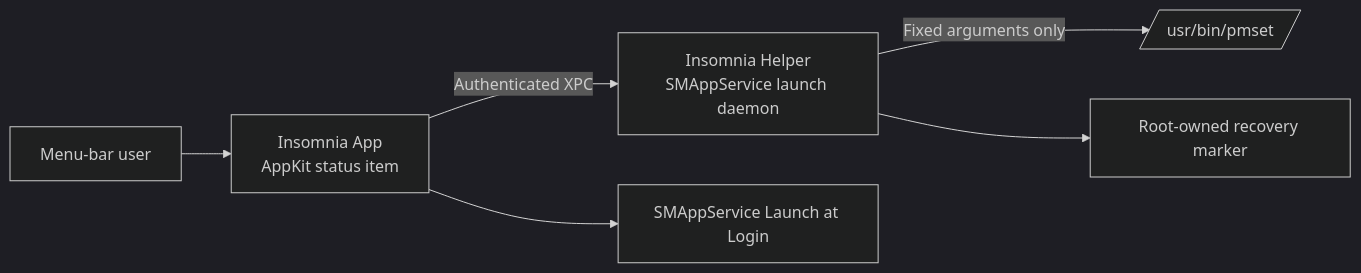
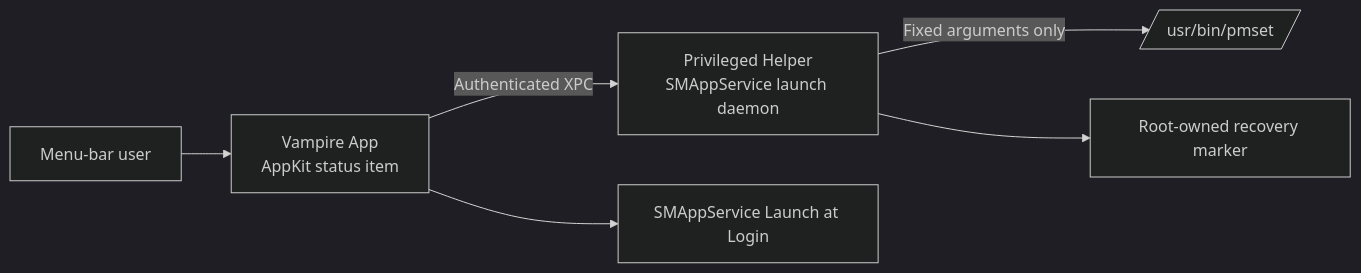
The diagram in docs/superpowers/specs/2026-08-28-insomnia-menu-bar-app-design.md (glisom/vampire), drawn with Mermaid (dark theme) before and after one commit. The commit also changed other lines of this file and 30 other files, not shown here.

Commit message:
feat: rebrand Insomnia as Vampire

````diff
--- a/docs/superpowers/specs/2026-08-28-insomnia-menu-bar-app-design.md
+++ b/docs/superpowers/specs/2026-08-28-insomnia-menu-bar-app-design.md
@@ -71,8 +79,8 @@
 ```mermaid
 flowchart LR
-    User[Menu-bar user] --> App[Insomnia App\nAppKit status item]
-    App -->|Authenticated XPC| Helper[Insomnia Helper\nSMAppService launch daemon]
+    User[Menu-bar user] --> App[Vampire App\nAppKit status item]
+    App -->|Authenticated XPC| Helper[Privileged Helper\nSMAppService launch daemon]
     Helper -->|Fixed arguments only| PMSet[/usr/bin/pmset/]
     Helper --> Marker[Root-owned recovery marker]
     App --> Login[SMAppService Launch at Login]
 ```
````
